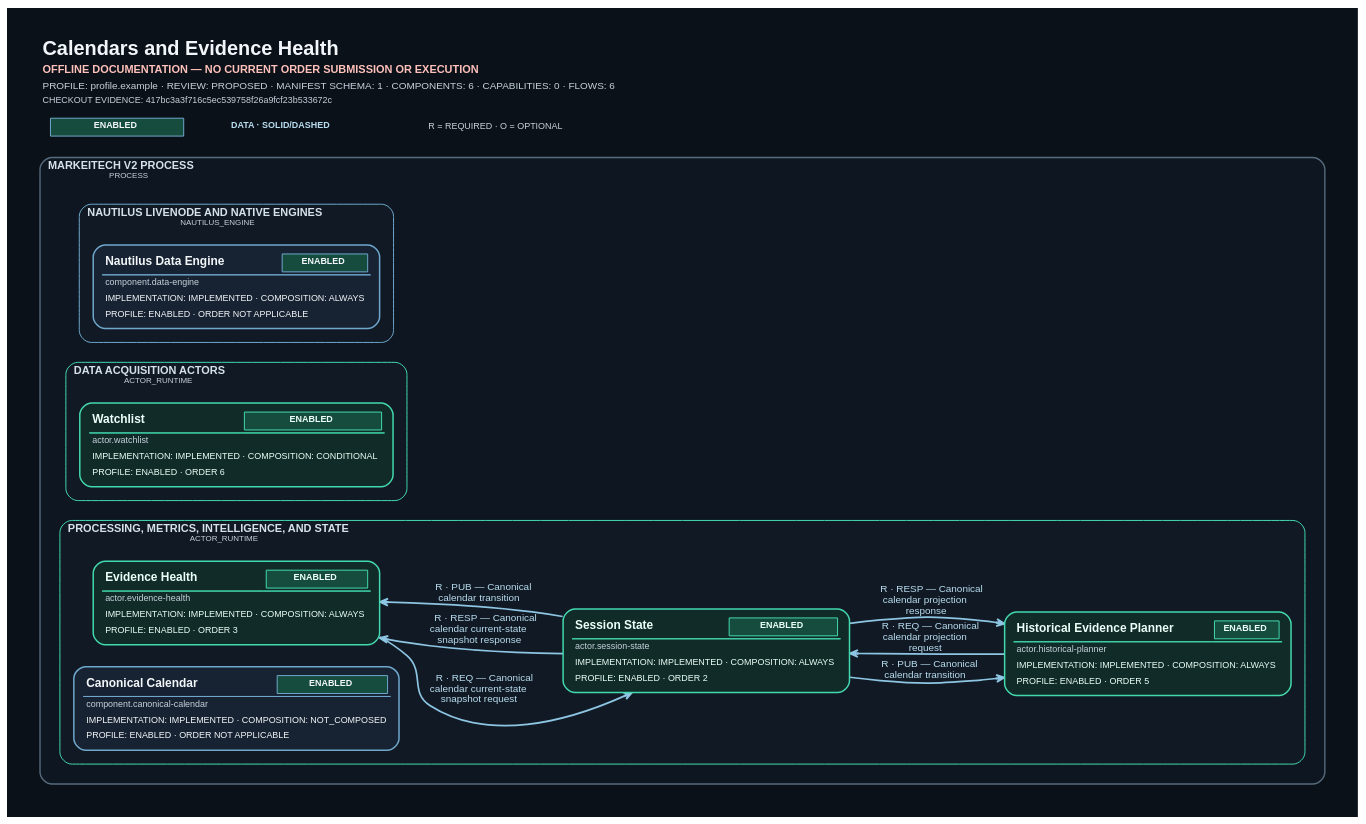
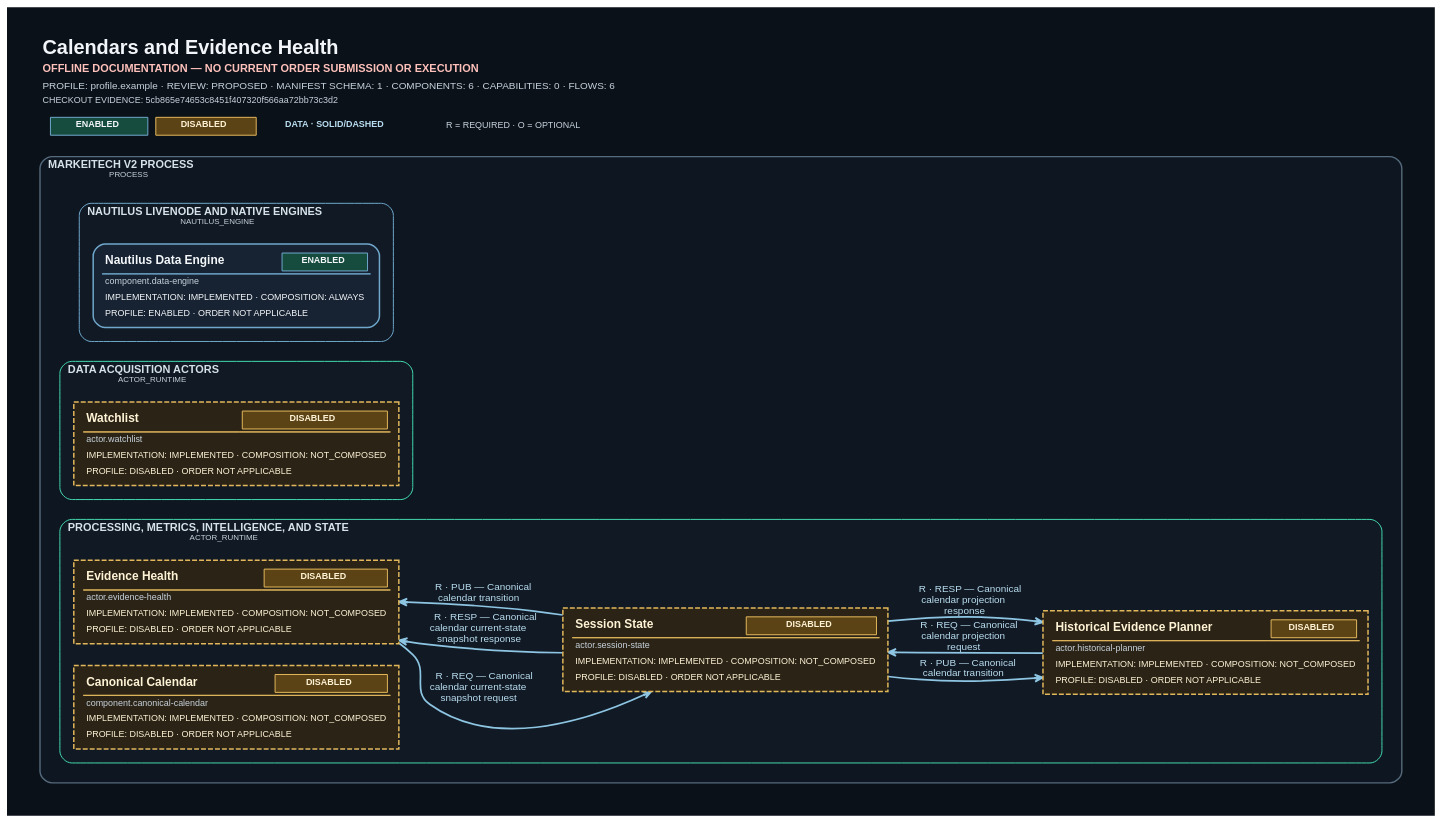
Before and after one commit to ShriekinNinja/Markeitech_V2: the diagram in tools/system-diagram/docs/generated/metrics-entities-intelligence.dot, drawn with Graphviz. The commit also changed 31 other files, not shown here.

First line of the commit message:
Align documentation with active actor composition

```diff
--- a/tools/system-diagram/docs/generated/metrics-entities-intelligence.dot
+++ b/tools/system-diagram/docs/generated/metrics-entities-intelligence.dot
@@ -1,19 +1,19 @@
 digraph "Calendars and Evidence Health" {
-	graph [bgcolor="#0B1118" fontcolor="#F2F6FA" fontname=Helvetica fontsize=18 forcelabels=true label=<<TABLE BORDER="0" CELLBORDER="0" CELLSPACING="0" CELLPADDING="2"><TR><TD ALIGN="LEFT"><FONT COLOR="#F2F6FA" POINT-SIZE="20"><B>Calendars and Evidence Health</B></FONT></TD></TR><TR><TD ALIGN="LEFT"><FONT COLOR="#FFC1BB" POINT-SIZE="11"><B>OFFLINE DOCUMENTATION &#8212; NO CURRENT ORDER SUBMISSION OR EXECUTION</B></FONT></TD></TR><TR><TD ALIGN="LEFT"><FONT COLOR="#C7D2DD" POINT-SIZE="10">PROFILE: profile.example &#183; REVIEW: PROPOSED &#183; MANIFEST SCHEMA: 1 &#183; COMPONENTS: 6 &#183; CAPABILITIES: 0 &#183; FLOWS: 6</FONT></TD></TR><TR><TD ALIGN="LEFT"><FONT COLOR="#C7D2DD" POINT-SIZE="9">CHECKOUT EVIDENCE: 417bc3a3f716c5ec539758f26a9fcf23b533672c</FONT></TD></TR><TR><TD ALIGN="LEFT"><TABLE BORDER="0" CELLBORDER="0" CELLSPACING="8" CELLPADDING="0"><TR><TD><TABLE BORDER="1" CELLBORDER="0" CELLSPACING="0" CELLPADDING="3" COLOR="#6FA8CC" BGCOLOR="#164C3E"><TR><TD><FONT COLOR="#F4F7FA" POINT-SIZE="9"><B>ENABLED</B></FONT></TD></TR></TABLE></TD><TD><FONT COLOR="#B9DDF0" POINT-SIZE="9"><B>DATA · SOLID/DASHED</B></FONT></TD><TD><FONT COLOR="#C7D2DD" POINT-SIZE="9">R = REQUIRED &#183; O = OPTIONAL</FONT></TD></TR></TABLE></TD></TR></TABLE>> labeljust=l labelloc=t margin=0.15 nodesep=0.3 outputorder=edgesfirst overlap=false pack=true packmode="graph" pad=0.35 rankdir=LR ranksep=0.85 splines=spline]
+	graph [bgcolor="#0B1118" fontcolor="#F2F6FA" fontname=Helvetica fontsize=18 forcelabels=true label=<<TABLE BORDER="0" CELLBORDER="0" CELLSPACING="0" CELLPADDING="2"><TR><TD ALIGN="LEFT"><FONT COLOR="#F2F6FA" POINT-SIZE="20"><B>Calendars and Evidence Health</B></FONT></TD></TR><TR><TD ALIGN="LEFT"><FONT COLOR="#FFC1BB" POINT-SIZE="11"><B>OFFLINE DOCUMENTATION &#8212; NO CURRENT ORDER SUBMISSION OR EXECUTION</B></FONT></TD></TR><TR><TD ALIGN="LEFT"><FONT COLOR="#C7D2DD" POINT-SIZE="10">PROFILE: profile.example &#183; REVIEW: PROPOSED &#183; MANIFEST SCHEMA: 1 &#183; COMPONENTS: 6 &#183; CAPABILITIES: 0 &#183; FLOWS: 6</FONT></TD></TR><TR><TD ALIGN="LEFT"><FONT COLOR="#C7D2DD" POINT-SIZE="9">CHECKOUT EVIDENCE: 5cb865e74653c8451f407320f566aa72bb73c3d2</FONT></TD></TR><TR><TD ALIGN="LEFT"><TABLE BORDER="0" CELLBORDER="0" CELLSPACING="8" CELLPADDING="0"><TR><TD><TABLE BORDER="1" CELLBORDER="0" CELLSPACING="0" CELLPADDING="3" COLOR="#6FA8CC" BGCOLOR="#164C3E"><TR><TD><FONT COLOR="#F4F7FA" POINT-SIZE="9"><B>ENABLED</B></FONT></TD></TR></TABLE></TD><TD><TABLE BORDER="1" CELLBORDER="0" CELLSPACING="0" CELLPADDING="3" COLOR="#E2B75C" BGCOLOR="#5B4316"><TR><TD><FONT COLOR="#FFF3D6" POINT-SIZE="9"><B>DISABLED</B></FONT></TD></TR></TABLE></TD><TD><FONT COLOR="#B9DDF0" POINT-SIZE="9"><B>DATA · SOLID/DASHED</B></FONT></TD><TD><FONT COLOR="#C7D2DD" POINT-SIZE="9">R = REQUIRED &#183; O = OPTIONAL</FONT></TD></TR></TABLE></TD></TR></TABLE>> labeljust=l labelloc=t margin=0.15 nodesep=0.3 outputorder=edgesfirst overlap=false pack=true packmode="graph" pad=0.35 rankdir=LR ranksep=0.85 splines=spline]
 	node [fixedsize=false fontcolor="#F4F7FA" fontname=Helvetica fontsize=10 height=0.9 imagescale=true labelloc=b margin="0.12,0.08" shape=box style=rounded width=2.2]
 	edge [arrowsize=0.8 color="#8DC5E3" fontcolor="#B9DDF0" fontname=Helvetica fontsize=9]
 	subgraph "cluster_Markeitech V2 process" {
 		graph [bgcolor="#0E1721" color="#566B7D" fontcolor="#D6E2EA" fontname=Helvetica fontsize=11 id="boundary.process" label=<<FONT COLOR="#D6E2EA" POINT-SIZE="11"><B>MARKEITECH V2 PROCESS</B></FONT><BR ALIGN="LEFT"/><FONT COLOR="#C7D2DD" POINT-SIZE="8">PROCESS</FONT>> labeljust=l margin=20 pencolor="#566B7D" penwidth=1.4 rankdir=LR shape=box style=rounded]
 		subgraph "cluster_Data acquisition actors" {
 			graph [bgcolor="#111A24" color="#43D9AE" fontcolor="#D6E2EA" fontname=Helvetica fontsize=11 id="boundary.acquisition" label=<<FONT COLOR="#D6E2EA" POINT-SIZE="11"><B>DATA ACQUISITION ACTORS</B></FONT><BR ALIGN="LEFT"/><FONT COLOR="#C7D2DD" POINT-SIZE="8">ACTOR_RUNTIME</FONT>> labeljust=l margin=14 pencolor="#43D9AE" penwidth=1.0 rankdir=LR shape=box style=rounded]
-			"actor.watchlist" [label=<<TABLE BORDER="0" CELLBORDER="0" CELLSPACING="0" CELLPADDING="3"><TR><TD ALIGN="LEFT"><FONT COLOR="#ECFFF8" POINT-SIZE="12"><B>Watchlist</B></FONT></TD><TD ALIGN="RIGHT"><TABLE BORDER="1" CELLBORDER="0" CELLSPACING="0" CELLPADDING="3" COLOR="#43D9AE" BGCOLOR="#164C3E"><TR><TD><FONT COLOR="#ECFFF8" POINT-SIZE="9"><B>ENABLED</B></FONT></TD></TR></TABLE></TD></TR><HR/><TR><TD COLSPAN="2" ALIGN="LEFT"><FONT COLOR="#C7D2DD" POINT-SIZE="9">actor.watchlist</FONT></TD></TR><TR><TD COLSPAN="2" ALIGN="LEFT"><FONT COLOR="#ECFFF8" POINT-SIZE="9">IMPLEMENTATION: IMPLEMENTED &#183; COMPOSITION: CONDITIONAL</FONT></TD></TR><TR><TD COLSPAN="2" ALIGN="LEFT"><FONT COLOR="#ECFFF8" POINT-SIZE="9">PROFILE: ENABLED &#183; ORDER 6</FONT></TD></TR></TABLE>> color="#43D9AE" fillcolor="#102B28" fixedsize=false fontcolor="#ECFFF8" group="boundary.acquisition" height=0.82 id="actor.watchlist" labelloc=c margin="0.12,0.09" penwidth=1.5 shape=box style="rounded,filled" tooltip="actor.watchlist" width=2.7]
+			"actor.watchlist" [label=<<TABLE BORDER="0" CELLBORDER="0" CELLSPACING="0" CELLPADDING="3"><TR><TD ALIGN="LEFT"><FONT COLOR="#FFF3D6" POINT-SIZE="12"><B>Watchlist</B></FONT></TD><TD ALIGN="RIGHT"><TABLE BORDER="1" CELLBORDER="0" CELLSPACING="0" CELLPADDING="3" COLOR="#E2B75C" BGCOLOR="#5B4316"><TR><TD><FONT COLOR="#FFF3D6" POINT-SIZE="9"><B>DISABLED</B></FONT></TD></TR></TABLE></TD></TR><HR/><TR><TD COLSPAN="2" ALIGN="LEFT"><FONT COLOR="#C7D2DD" POINT-SIZE="9">actor.watchlist</FONT></TD></TR><TR><TD COLSPAN="2" ALIGN="LEFT"><FONT COLOR="#FFF3D6" POINT-SIZE="9">IMPLEMENTATION: IMPLEMENTED &#183; COMPOSITION: NOT_COMPOSED</FONT></TD></TR><TR><TD COLSPAN="2" ALIGN="LEFT"><FONT COLOR="#FFF3D6" POINT-SIZE="9">PROFILE: DISABLED &#183; ORDER NOT APPLICABLE</FONT></TD></TR></TABLE>> color="#E2B75C" fillcolor="#2B2416" fixedsize=false fontcolor="#FFF3D6" group="boundary.acquisition" height=0.82 id="actor.watchlist" labelloc=c margin="0.12,0.09" penwidth=1.5 shape=box style="dashed,filled" tooltip="actor.watchlist" width=2.7]
 		}
 		subgraph "cluster_Processing, metrics, intelligence, and state" {
 			graph [bgcolor="#111A24" color="#43D9AE" fontcolor="#D6E2EA" fontname=Helvetica fontsize=11 id="boundary.intelligence" label=<<FONT COLOR="#D6E2EA" POINT-SIZE="11"><B>PROCESSING, METRICS, INTELLIGENCE, AND STATE</B></FONT><BR ALIGN="LEFT"/><FONT COLOR="#C7D2DD" POINT-SIZE="8">ACTOR_RUNTIME</FONT>> labeljust=l margin=14 pencolor="#43D9AE" penwidth=1.0 rankdir=LR shape=box style=rounded]
-			"actor.evidence-health" [label=<<TABLE BORDER="0" CELLBORDER="0" CELLSPACING="0" CELLPADDING="3"><TR><TD ALIGN="LEFT"><FONT COLOR="#ECFFF8" POINT-SIZE="12"><B>Evidence Health</B></FONT></TD><TD ALIGN="RIGHT"><TABLE BORDER="1" CELLBORDER="0" CELLSPACING="0" CELLPADDING="3" COLOR="#43D9AE" BGCOLOR="#164C3E"><TR><TD><FONT COLOR="#ECFFF8" POINT-SIZE="9"><B>ENABLED</B></FONT></TD></TR></TABLE></TD></TR><HR/><TR><TD COLSPAN="2" ALIGN="LEFT"><FONT COLOR="#C7D2DD" POINT-SIZE="9">actor.evidence-health</FONT></TD></TR><TR><TD COLSPAN="2" ALIGN="LEFT"><FONT COLOR="#ECFFF8" POINT-SIZE="9">IMPLEMENTATION: IMPLEMENTED &#183; COMPOSITION: ALWAYS</FONT></TD></TR><TR><TD COLSPAN="2" ALIGN="LEFT"><FONT COLOR="#ECFFF8" POINT-SIZE="9">PROFILE: ENABLED &#183; ORDER 3</FONT></TD></TR></TABLE>> color="#43D9AE" fillcolor="#102B28" fixedsize=false fontcolor="#ECFFF8" group="boundary.intelligence" height=0.82 id="actor.evidence-health" labelloc=c margin="0.12,0.09" penwidth=1.5 shape=box style="rounded,filled" tooltip="actor.evidence-health" width=2.7]
-			"actor.historical-planner" [label=<<TABLE BORDER="0" CELLBORDER="0" CELLSPACING="0" CELLPADDING="3"><TR><TD ALIGN="LEFT"><FONT COLOR="#ECFFF8" POINT-SIZE="12"><B>Historical Evidence Planner</B></FONT></TD><TD ALIGN="RIGHT"><TABLE BORDER="1" CELLBORDER="0" CELLSPACING="0" CELLPADDING="3" COLOR="#43D9AE" BGCOLOR="#164C3E"><TR><TD><FONT COLOR="#ECFFF8" POINT-SIZE="9"><B>ENABLED</B></FONT></TD></TR></TABLE></TD></TR><HR/><TR><TD COLSPAN="2" ALIGN="LEFT"><FONT COLOR="#C7D2DD" POINT-SIZE="9">actor.historical-planner</FONT></TD></TR><TR><TD COLSPAN="2" ALIGN="LEFT"><FONT COLOR="#ECFFF8" POINT-SIZE="9">IMPLEMENTATION: IMPLEMENTED &#183; COMPOSITION: ALWAYS</FONT></TD></TR><TR><TD COLSPAN="2" ALIGN="LEFT"><FONT COLOR="#ECFFF8" POINT-SIZE="9">PROFILE: ENABLED &#183; ORDER 5</FONT></TD></TR></TABLE>> color="#43D9AE" fillcolor="#102B28" fixedsize=false fontcolor="#ECFFF8" group="boundary.intelligence" height=0.82 id="actor.historical-planner" labelloc=c margin="0.12,0.09" penwidth=1.5 shape=box style="rounded,filled" tooltip="actor.historical-planner" width=2.7]
-			"actor.session-state" [label=<<TABLE BORDER="0" CELLBORDER="0" CELLSPACING="0" CELLPADDING="3"><TR><TD ALIGN="LEFT"><FONT COLOR="#ECFFF8" POINT-SIZE="12"><B>Session State</B></FONT></TD><TD ALIGN="RIGHT"><TABLE BORDER="1" CELLBORDER="0" CELLSPACING="0" CELLPADDING="3" COLOR="#43D9AE" BGCOLOR="#164C3E"><TR><TD><FONT COLOR="#ECFFF8" POINT-SIZE="9"><B>ENABLED</B></FONT></TD></TR></TABLE></TD></TR><HR/><TR><TD COLSPAN="2" ALIGN="LEFT"><FONT COLOR="#C7D2DD" POINT-SIZE="9">actor.session-state</FONT></TD></TR><TR><TD COLSPAN="2" ALIGN="LEFT"><FONT COLOR="#ECFFF8" POINT-SIZE="9">IMPLEMENTATION: IMPLEMENTED &#183; COMPOSITION: ALWAYS</FONT></TD></TR><TR><TD COLSPAN="2" ALIGN="LEFT"><FONT COLOR="#ECFFF8" POINT-SIZE="9">PROFILE: ENABLED &#183; ORDER 2</FONT></TD></TR></TABLE>> color="#43D9AE" fillcolor="#102B28" fixedsize=false fontcolor="#ECFFF8" group="boundary.intelligence" height=0.82 id="actor.session-state" labelloc=c margin="0.12,0.09" penwidth=1.5 shape=box style="rounded,filled" tooltip="actor.session-state" width=2.7]
-			"component.canonical-calendar" [label=<<TABLE BORDER="0" CELLBORDER="0" CELLSPACING="0" CELLPADDING="3"><TR><TD ALIGN="LEFT"><FONT COLOR="#F4F7FA" POINT-SIZE="12"><B>Canonical Calendar</B></FONT></TD><TD ALIGN="RIGHT"><TABLE BORDER="1" CELLBORDER="0" CELLSPACING="0" CELLPADDING="3" COLOR="#6FA8CC" BGCOLOR="#164C3E"><TR><TD><FONT COLOR="#F4F7FA" POINT-SIZE="9"><B>ENABLED</B></FONT></TD></TR></TABLE></TD></TR><HR/><TR><TD COLSPAN="2" ALIGN="LEFT"><FONT COLOR="#C7D2DD" POINT-SIZE="9">component.canonical-calendar</FONT></TD></TR><TR><TD COLSPAN="2" ALIGN="LEFT"><FONT COLOR="#F4F7FA" POINT-SIZE="9">IMPLEMENTATION: IMPLEMENTED &#183; COMPOSITION: NOT_COMPOSED</FONT></TD></TR><TR><TD COLSPAN="2" ALIGN="LEFT"><FONT COLOR="#F4F7FA" POINT-SIZE="9">PROFILE: ENABLED &#183; ORDER NOT APPLICABLE</FONT></TD></TR></TABLE>> color="#6FA8CC" fillcolor="#172332" fixedsize=false fontcolor="#F4F7FA" group="boundary.intelligence" height=0.82 id="component.canonical-calendar" labelloc=c margin="0.12,0.09" penwidth=1.5 shape=box style="rounded,filled" tooltip="component.canonical-calendar" width=2.7]
+			"actor.evidence-health" [label=<<TABLE BORDER="0" CELLBORDER="0" CELLSPACING="0" CELLPADDING="3"><TR><TD ALIGN="LEFT"><FONT COLOR="#FFF3D6" POINT-SIZE="12"><B>Evidence Health</B></FONT></TD><TD ALIGN="RIGHT"><TABLE BORDER="1" CELLBORDER="0" CELLSPACING="0" CELLPADDING="3" COLOR="#E2B75C" BGCOLOR="#5B4316"><TR><TD><FONT COLOR="#FFF3D6" POINT-SIZE="9"><B>DISABLED</B></FONT></TD></TR></TABLE></TD></TR><HR/><TR><TD COLSPAN="2" ALIGN="LEFT"><FONT COLOR="#C7D2DD" POINT-SIZE="9">actor.evidence-health</FONT></TD></TR><TR><TD COLSPAN="2" ALIGN="LEFT"><FONT COLOR="#FFF3D6" POINT-SIZE="9">IMPLEMENTATION: IMPLEMENTED &#183; COMPOSITION: NOT_COMPOSED</FONT></TD></TR><TR><TD COLSPAN="2" ALIGN="LEFT"><FONT COLOR="#FFF3D6" POINT-SIZE="9">PROFILE: DISABLED &#183; ORDER NOT APPLICABLE</FONT></TD></TR></TABLE>> color="#E2B75C" fillcolor="#2B2416" fixedsize=false fontcolor="#FFF3D6" group="boundary.intelligence" height=0.82 id="actor.evidence-health" labelloc=c margin="0.12,0.09" penwidth=1.5 shape=box style="dashed,filled" tooltip="actor.evidence-health" width=2.7]
+			"actor.historical-planner" [label=<<TABLE BORDER="0" CELLBORDER="0" CELLSPACING="0" CELLPADDING="3"><TR><TD ALIGN="LEFT"><FONT COLOR="#FFF3D6" POINT-SIZE="12"><B>Historical Evidence Planner</B></FONT></TD><TD ALIGN="RIGHT"><TABLE BORDER="1" CELLBORDER="0" CELLSPACING="0" CELLPADDING="3" COLOR="#E2B75C" BGCOLOR="#5B4316"><TR><TD><FONT COLOR="#FFF3D6" POINT-SIZE="9"><B>DISABLED</B></FONT></TD></TR></TABLE></TD></TR><HR/><TR><TD COLSPAN="2" ALIGN="LEFT"><FONT COLOR="#C7D2DD" POINT-SIZE="9">actor.historical-planner</FONT></TD></TR><TR><TD COLSPAN="2" ALIGN="LEFT"><FONT COLOR="#FFF3D6" POINT-SIZE="9">IMPLEMENTATION: IMPLEMENTED &#183; COMPOSITION: NOT_COMPOSED</FONT></TD></TR><TR><TD COLSPAN="2" ALIGN="LEFT"><FONT COLOR="#FFF3D6" POINT-SIZE="9">PROFILE: DISABLED &#183; ORDER NOT APPLICABLE</FONT></TD></TR></TABLE>> color="#E2B75C" fillcolor="#2B2416" fixedsize=false fontcolor="#FFF3D6" group="boundary.intelligence" height=0.82 id="actor.historical-planner" labelloc=c margin="0.12,0.09" penwidth=1.5 shape=box style="dashed,filled" tooltip="actor.historical-planner" width=2.7]
+			"actor.session-state" [label=<<TABLE BORDER="0" CELLBORDER="0" CELLSPACING="0" CELLPADDING="3"><TR><TD ALIGN="LEFT"><FONT COLOR="#FFF3D6" POINT-SIZE="12"><B>Session State</B></FONT></TD><TD ALIGN="RIGHT"><TABLE BORDER="1" CELLBORDER="0" CELLSPACING="0" CELLPADDING="3" COLOR="#E2B75C" BGCOLOR="#5B4316"><TR><TD><FONT COLOR="#FFF3D6" POINT-SIZE="9"><B>DISABLED</B></FONT></TD></TR></TABLE></TD></TR><HR/><TR><TD COLSPAN="2" ALIGN="LEFT"><FONT COLOR="#C7D2DD" POINT-SIZE="9">actor.session-state</FONT></TD></TR><TR><TD COLSPAN="2" ALIGN="LEFT"><FONT COLOR="#FFF3D6" POINT-SIZE="9">IMPLEMENTATION: IMPLEMENTED &#183; COMPOSITION: NOT_COMPOSED</FONT></TD></TR><TR><TD COLSPAN="2" ALIGN="LEFT"><FONT COLOR="#FFF3D6" POINT-SIZE="9">PROFILE: DISABLED &#183; ORDER NOT APPLICABLE</FONT></TD></TR></TABLE>> color="#E2B75C" fillcolor="#2B2416" fixedsize=false fontcolor="#FFF3D6" group="boundary.intelligence" height=0.82 id="actor.session-state" labelloc=c margin="0.12,0.09" penwidth=1.5 shape=box style="dashed,filled" tooltip="actor.session-state" width=2.7]
+			"component.canonical-calendar" [label=<<TABLE BORDER="0" CELLBORDER="0" CELLSPACING="0" CELLPADDING="3"><TR><TD ALIGN="LEFT"><FONT COLOR="#FFF3D6" POINT-SIZE="12"><B>Canonical Calendar</B></FONT></TD><TD ALIGN="RIGHT"><TABLE BORDER="1" CELLBORDER="0" CELLSPACING="0" CELLPADDING="3" COLOR="#E2B75C" BGCOLOR="#5B4316"><TR><TD><FONT COLOR="#FFF3D6" POINT-SIZE="9"><B>DISABLED</B></FONT></TD></TR></TABLE></TD></TR><HR/><TR><TD COLSPAN="2" ALIGN="LEFT"><FONT COLOR="#C7D2DD" POINT-SIZE="9">component.canonical-calendar</FONT></TD></TR><TR><TD COLSPAN="2" ALIGN="LEFT"><FONT COLOR="#FFF3D6" POINT-SIZE="9">IMPLEMENTATION: IMPLEMENTED &#183; COMPOSITION: NOT_COMPOSED</FONT></TD></TR><TR><TD COLSPAN="2" ALIGN="LEFT"><FONT COLOR="#FFF3D6" POINT-SIZE="9">PROFILE: DISABLED &#183; ORDER NOT APPLICABLE</FONT></TD></TR></TABLE>> color="#E2B75C" fillcolor="#2B2416" fixedsize=false fontcolor="#FFF3D6" group="boundary.intelligence" height=0.82 id="component.canonical-calendar" labelloc=c margin="0.12,0.09" penwidth=1.5 shape=box style="dashed,filled" tooltip="component.canonical-calendar" width=2.7]
 		}
 		subgraph "cluster_Nautilus LiveNode and native engines" {
 			graph [bgcolor="#111A24" color="#6FA8CC" fontcolor="#D6E2EA" fontname=Helvetica fontsize=11 id="boundary.nautilus" label=<<FONT COLOR="#D6E2EA" POINT-SIZE="11"><B>NAUTILUS LIVENODE AND NATIVE ENGINES</B></FONT><BR ALIGN="LEFT"/><FONT COLOR="#C7D2DD" POINT-SIZE="8">NAUTILUS_ENGINE</FONT>> labeljust=l margin=14 pencolor="#6FA8CC" penwidth=1.0 rankdir=LR shape=box style=rounded]
```
